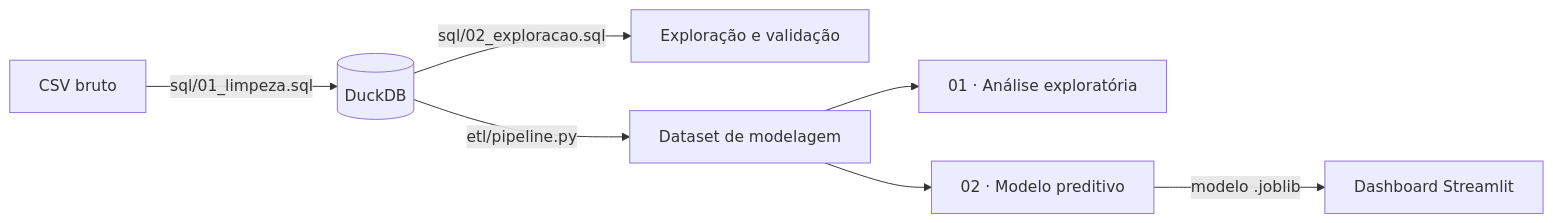
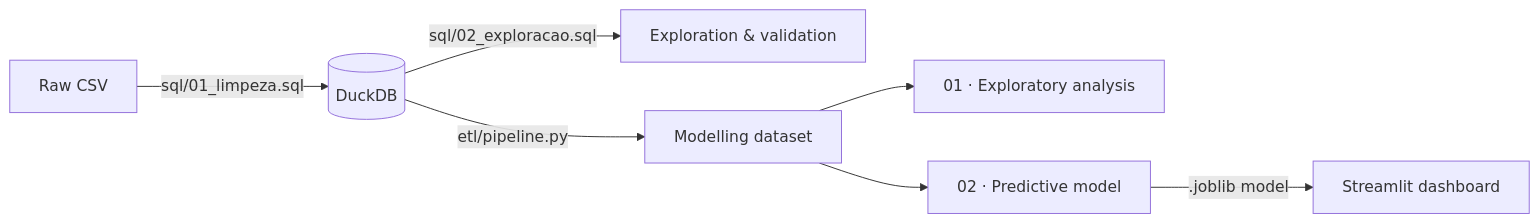
One commit to leticiamendes-data/diabetes-readmission changed the diagram in README.md. Above: the diagram before and after it, drawn with Mermaid. The commit also changed other lines of this file and 11 other files, not shown here.

````diff
--- a/README.md
+++ b/README.md
@@ -47,9 +51,9 @@
 ```mermaid
 flowchart LR
-    A[CSV bruto] -->|sql/01_limpeza.sql| B[(DuckDB)]
-    B -->|sql/02_exploracao.sql| C[Exploração e validação]
-    B -->|etl/pipeline.py| D[Dataset de modelagem]
-    D --> E[01 · Análise exploratória]
-    D --> F[02 · Modelo preditivo]
-    F -->|modelo .joblib| G[Dashboard Streamlit]
+    A[Raw CSV] -->|sql/01_limpeza.sql| B[(DuckDB)]
+    B -->|sql/02_exploracao.sql| C[Exploration & validation]
+    B -->|etl/pipeline.py| D[Modelling dataset]
+    D --> E[01 · Exploratory analysis]
+    D --> F[02 · Predictive model]
+    F -->|.joblib model| G[Streamlit dashboard]
 ```
````
